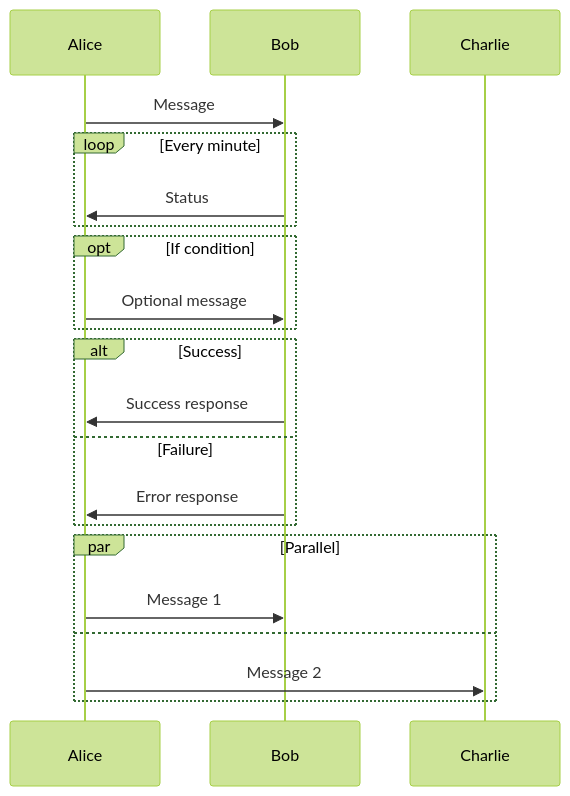
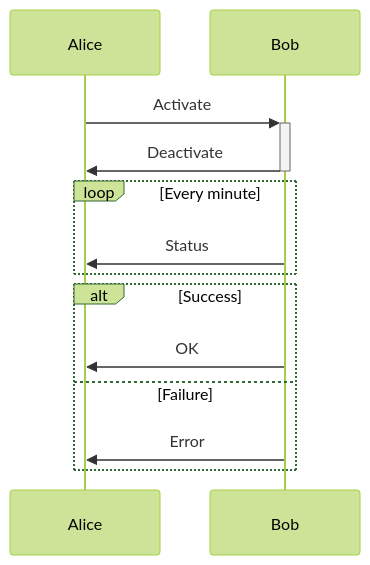
One commit to rp1-run/rp1 changed the sixth of 38 diagrams in plugins/base/skills/mermaid/reference.md. Above: the diagram before and after it, drawn with Mermaid (forest theme). The commit also changed other lines of this file and 7 other files, not shown here.

Commit message:
feat: add a better mermaid repair skill

````diff
--- a/plugins/base/skills/mermaid/reference.md
+++ b/plugins/base/skills/mermaid/reference.md
@@ -101,24 +117,15 @@
 ```mermaid
 sequenceDiagram
-    Alice ->> Bob: Message
+    Alice ->>+ Bob: Activate
+    Bob ->>- Alice: Deactivate
 
     loop Every minute
         Bob ->> Alice: Status
     end
 
-    opt If condition
-        Alice ->> Bob: Optional message
-    end
-
     alt Success
-        Bob ->> Alice: Success response
+        Bob ->> Alice: OK
     else Failure
-        Bob ->> Alice: Error response
-    end
-
-    par Parallel
-        Alice ->> Bob: Message 1
-    and
-        Alice ->> Charlie: Message 2
+        Bob ->> Alice: Error
     end
 ```
````
